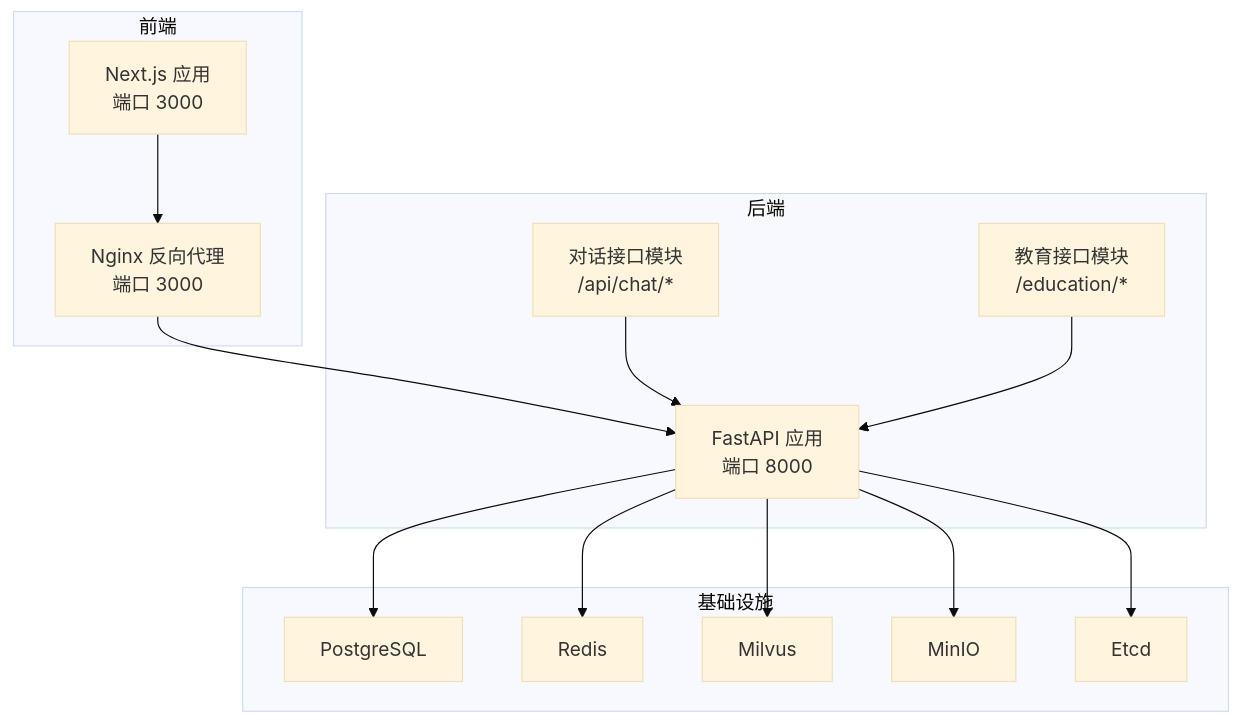
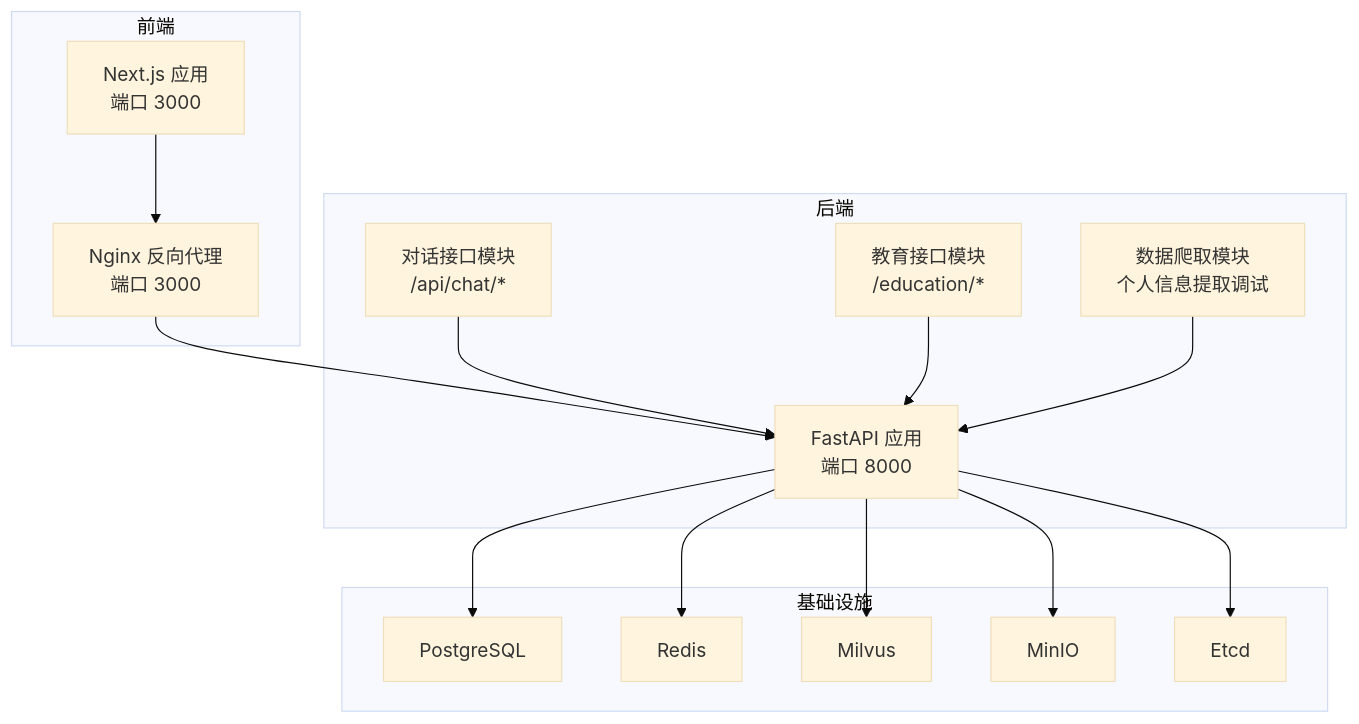
The first of 6 diagrams in .qoder/repowiki/zh/content/故障排除.md (ghbbn053-ship-itsoulddog/soulddog), drawn with Mermaid (base theme) before and after one commit. The commit also changed other lines of this file and 3 other files, not shown here.

````diff
--- a/.qoder/repowiki/zh/content/故障排除.md
+++ b/.qoder/repowiki/zh/content/故障排除.md
@@ -43,28 +45,30 @@
 ```mermaid
 graph TB
 subgraph "前端"
 FE_Next["Next.js 应用<br/>端口 3000"]
 FE_Nginx["Nginx 反向代理<br/>端口 3000"]
 end
 subgraph "后端"
 BE_API["FastAPI 应用<br/>端口 8000"]
 BE_Chat["对话接口模块<br/>/api/chat/*"]
 BE_Edu["教育接口模块<br/>/education/*"]
+BE_Scraper["数据爬取模块<br/>个人信息提取调试"]
 end
 subgraph "基础设施"
 DB["PostgreSQL"]
 CACHE["Redis"]
 VDB["Milvus"]
 OBJ["MinIO"]
 KVS["Etcd"]
 end
 FE_Next --> FE_Nginx
 FE_Nginx --> BE_API
 BE_API --> DB
 BE_API --> CACHE
 BE_API --> VDB
 BE_API --> OBJ
 BE_API --> KVS
 BE_Chat --> BE_API
 BE_Edu --> BE_API
+BE_Scraper --> BE_API
 ```
````
